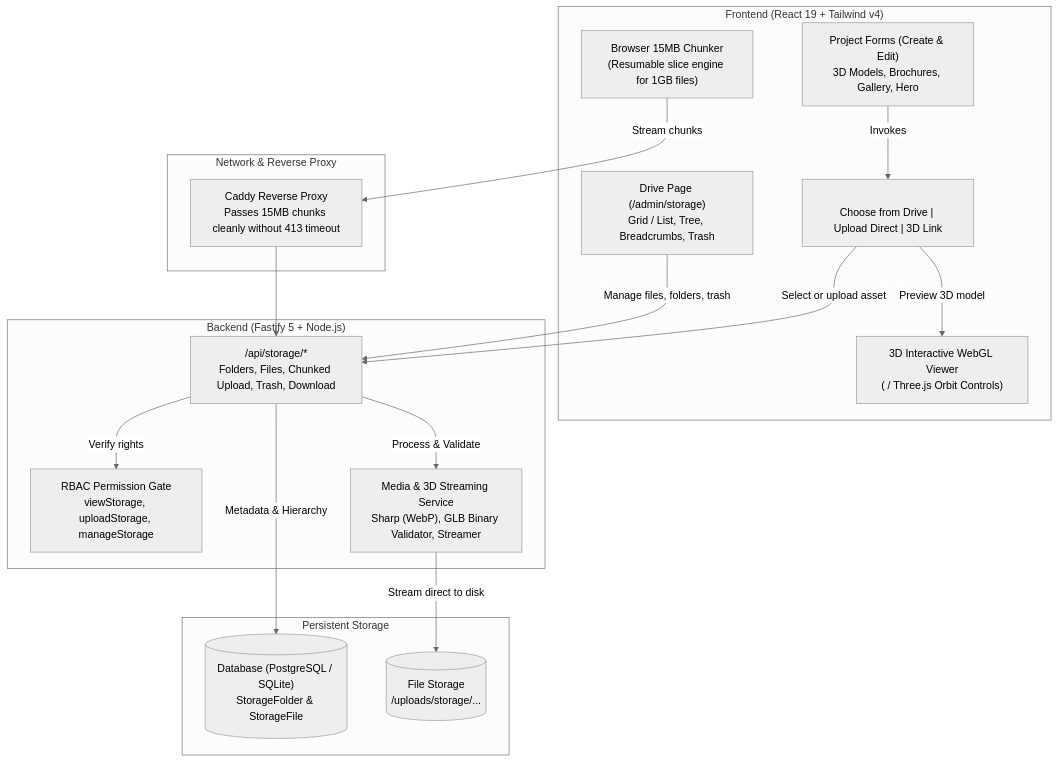
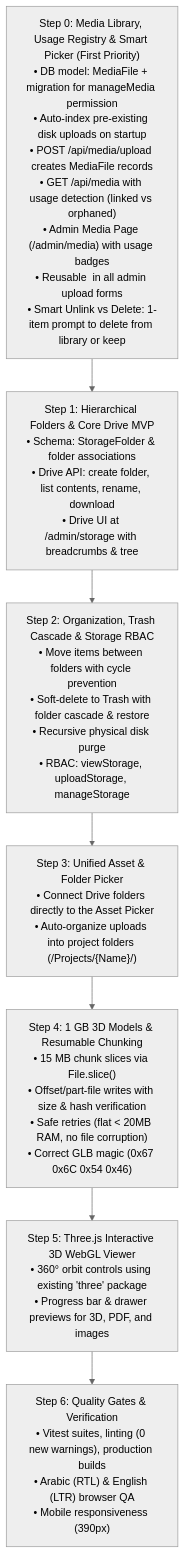
One commit to hdr64/ajdaa changed the first of 2 diagrams in storage-library-plan.md. Above: the diagram before and after it, drawn with Mermaid (neutral theme). The commit also changed other lines of this file and 14 other files, not shown here.

````diff
--- a/storage-library-plan.md
+++ b/storage-library-plan.md
@@ -9,36 +12,18 @@
 ```mermaid
 flowchart TD
-    subgraph Client ["Frontend (React 19 + Tailwind v4)"]
-        DrivePage["Drive Page (/admin/storage)<br/>Grid / List, Tree, Breadcrumbs, Trash"]
-        AssetPicker["<AssetPickerModal /><br/>Choose from Drive | Upload Direct | 3D Link"]
-        ThreeDViewer["3D Interactive WebGL Viewer<br/>(<model-viewer> / Three.js Orbit Controls)"]
-        ProjectsAdmin["Project Forms (Create & Edit)<br/>3D Models, Brochures, Gallery, Hero"]
-        Chunker["Browser 15MB Chunker<br/>(Resumable slice engine for 1GB files)"]
-    end
+    Step0["Step 0: Media Library, Usage Registry & Smart Picker (First Priority)<br/>• DB model: MediaFile + migration for manageMedia permission<br/>• Auto-index pre-existing disk uploads on startup<br/>• POST /api/media/upload creates MediaFile records<br/>• GET /api/media with usage detection (linked vs orphaned)<br/>• Admin Media Page (/admin/media) with usage badges<br/>• Reusable <MediaPickerModal /> in all admin upload forms<br/>• Smart Unlink vs Delete: 1-item prompt to delete from library or keep"]
+    
+    Step1["Step 1: Hierarchical Folders & Core Drive MVP<br/>• Schema: StorageFolder & folder associations<br/>• Drive API: create folder, list contents, rename, download<br/>• Drive UI at /admin/storage with breadcrumbs & tree"]
+    
+    Step2["Step 2: Organization, Trash Cascade & Storage RBAC<br/>• Move items between folders with cycle prevention<br/>• Soft-delete to Trash with folder cascade & restore<br/>• Recursive physical disk purge<br/>• RBAC: viewStorage, uploadStorage, manageStorage"]
+    
+    Step3["Step 3: Unified Asset & Folder Picker<br/>• Connect Drive folders directly to the Asset Picker<br/>• Auto-organize uploads into project folders (/Projects/{Name}/)"]
+    
+    Step4["Step 4: 1 GB 3D Models & Resumable Chunking<br/>• 15 MB chunk slices via File.slice()<br/>• Offset/part-file writes with size & hash verification<br/>• Safe retries (flat < 20MB RAM, no file corruption)<br/>• Correct GLB magic (0x67 0x6C 0x54 0x46)"]
+    
+    Step5["Step 5: Three.js Interactive 3D WebGL Viewer<br/>• 360° orbit controls using existing 'three' package<br/>• Progress bar & drawer previews for 3D, PDF, and images"]
+    
+    Step6["Step 6: Quality Gates & Verification<br/>• Vitest suites, linting (0 new warnings), production builds<br/>• Arabic (RTL) & English (LTR) browser QA<br/>• Mobile responsiveness (390px)"]
 
-    subgraph Network ["Network & Reverse Proxy"]
-        CaddyProxy["Caddy Reverse Proxy<br/>Passes 15MB chunks cleanly without 413 timeout"]
-    end
-
-    subgraph API ["Backend (Fastify 5 + Node.js)"]
-        StorageRoutes["/api/storage/*<br/>Folders, Files, Chunked Upload, Trash, Download"]
-        AuthMiddleware["RBAC Permission Gate<br/>viewStorage, uploadStorage, manageStorage"]
-        MediaService["Media & 3D Streaming Service<br/>Sharp (WebP), GLB Binary Validator, Streamer"]
-    end
-
-    subgraph Storage ["Persistent Storage"]
-        PrismaDB[("Database (PostgreSQL / SQLite)<br/>StorageFolder & StorageFile")]
-        DiskStorage[("File Storage<br/>/uploads/storage/...")]
-    end
-
-    DrivePage -->|Manage files, folders, trash| StorageRoutes
-    AssetPicker -->|Select or upload asset| StorageRoutes
-    ProjectsAdmin -->|Invokes| AssetPicker
-    AssetPicker -->|Preview 3D model| ThreeDViewer
-    Chunker -->|Stream chunks| CaddyProxy
-    CaddyProxy --> StorageRoutes
-    StorageRoutes -->|Verify rights| AuthMiddleware
-    StorageRoutes -->|Process & Validate| MediaService
-    MediaService -->|Stream direct to disk| DiskStorage
-    StorageRoutes -->|Metadata & Hierarchy| PrismaDB
+    Step0 --> Step1 --> Step2 --> Step3 --> Step4 --> Step5 --> Step6
 ```
````
